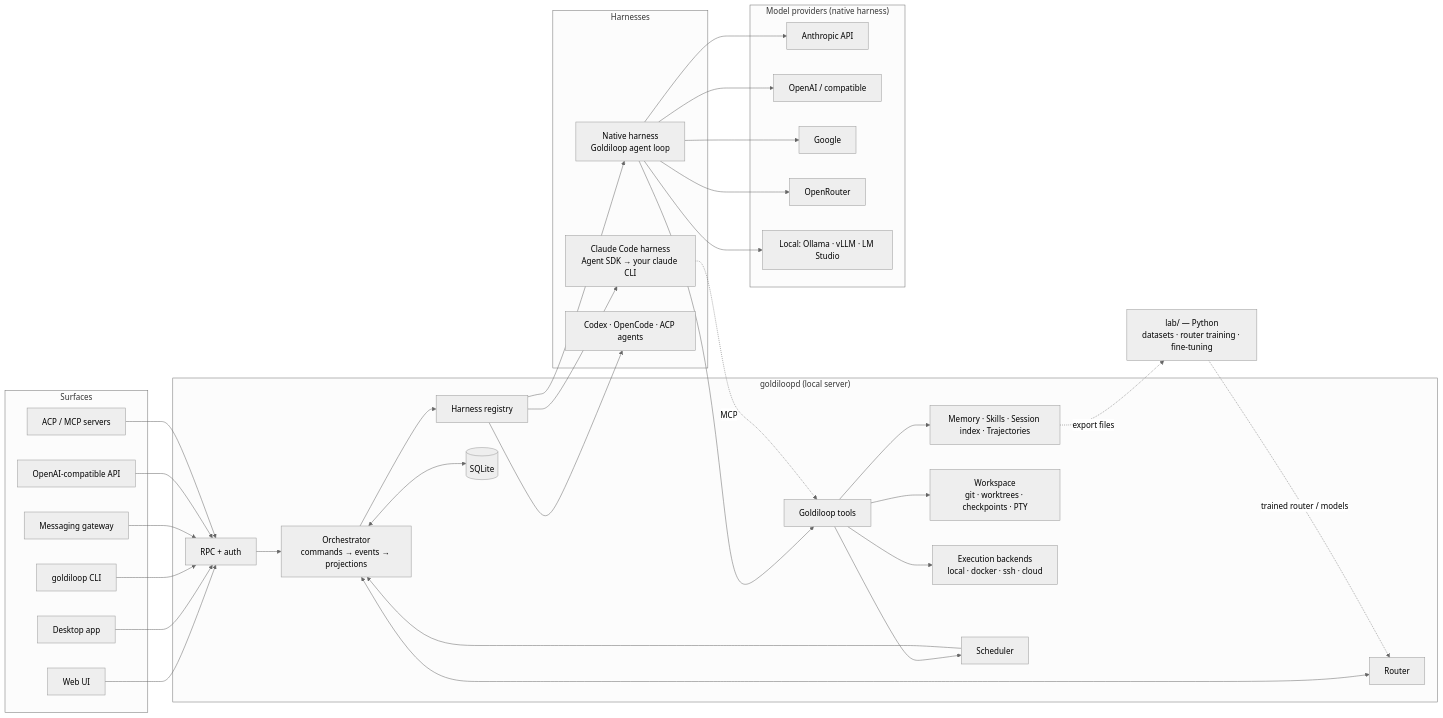
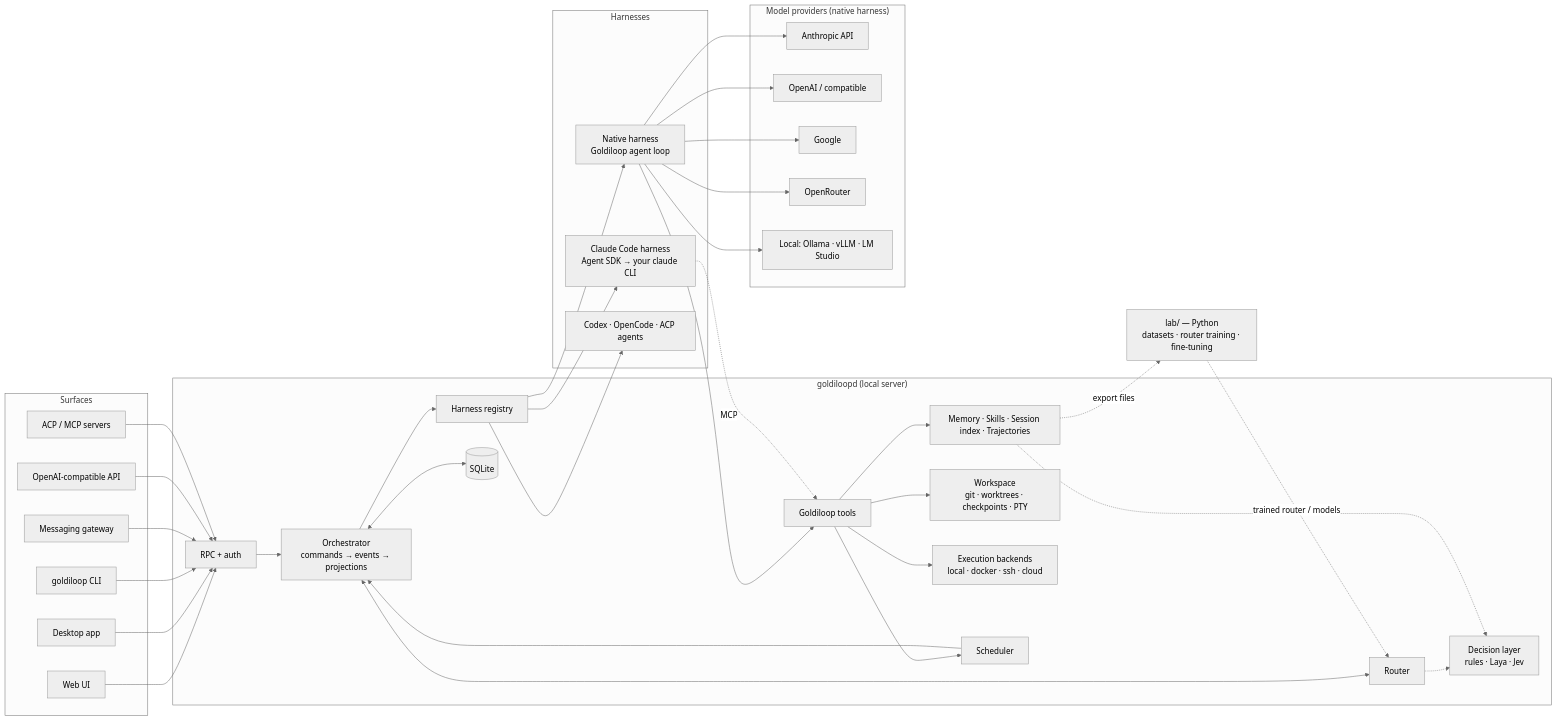
Before and after one commit to Brattlof/verdandi: the first of 2 diagrams in docs/DESIGN.md, drawn with Mermaid (neutral theme). The commit also changed other lines of this file, not shown here.

Commit message:
Add decision layer and switch runtime to Bun

````diff
--- a/docs/DESIGN.md
+++ b/docs/DESIGN.md
@@ -112,52 +110,55 @@
 ```mermaid
 flowchart LR
   subgraph Surfaces
     WEB[Web UI]
     DESK[Desktop app]
     CLI[goldiloop CLI]
     GW[Messaging gateway]
     API[OpenAI-compatible API]
     ACP[ACP / MCP servers]
   end
 
   subgraph goldiloopd["goldiloopd (local server)"]
     RPC[RPC + auth]
     ORCH[Orchestrator<br/>commands → events → projections]
     ROUTER[Router]
     HREG[Harness registry]
     TOOLS[Goldiloop tools]
+    DEC[Decision layer<br/>rules · Laya · Jev]
     LEARN[Memory · Skills · Session index · Trajectories]
     WSVC[Workspace<br/>git · worktrees · checkpoints · PTY]
     EXEC[Execution backends<br/>local · docker · ssh · cloud]
     SCHED[Scheduler]
     DB[(SQLite)]
   end
 
   subgraph Harnesses
     CC[Claude Code harness<br/>Agent SDK → your claude CLI]
     NAT[Native harness<br/>Goldiloop agent loop]
     OTH[Codex · OpenCode · ACP agents]
   end
 
   subgraph Providers["Model providers (native harness)"]
     ANT[Anthropic API]
     OAI[OpenAI / compatible]
     GOO[Google]
     ORT[OpenRouter]
     LOC[Local: Ollama · vLLM · LM Studio]
   end
 
   LAB[lab/ — Python<br/>datasets · router training · fine-tuning]
 
   WEB & DESK & CLI & GW & API & ACP --> RPC --> ORCH
   ORCH <--> ROUTER
+  ROUTER -.-> DEC
+  LEARN -.-> DEC
   ORCH --> HREG --> CC & NAT & OTH
   NAT --> ANT & OAI & GOO & ORT & LOC
   NAT --> TOOLS
   CC -. MCP .-> TOOLS
   TOOLS --> LEARN & EXEC & WSVC & SCHED
   SCHED --> ORCH
   ORCH <--> DB
   LEARN -. export files .-> LAB
   LAB -. trained router / models .-> ROUTER
 ```
````
